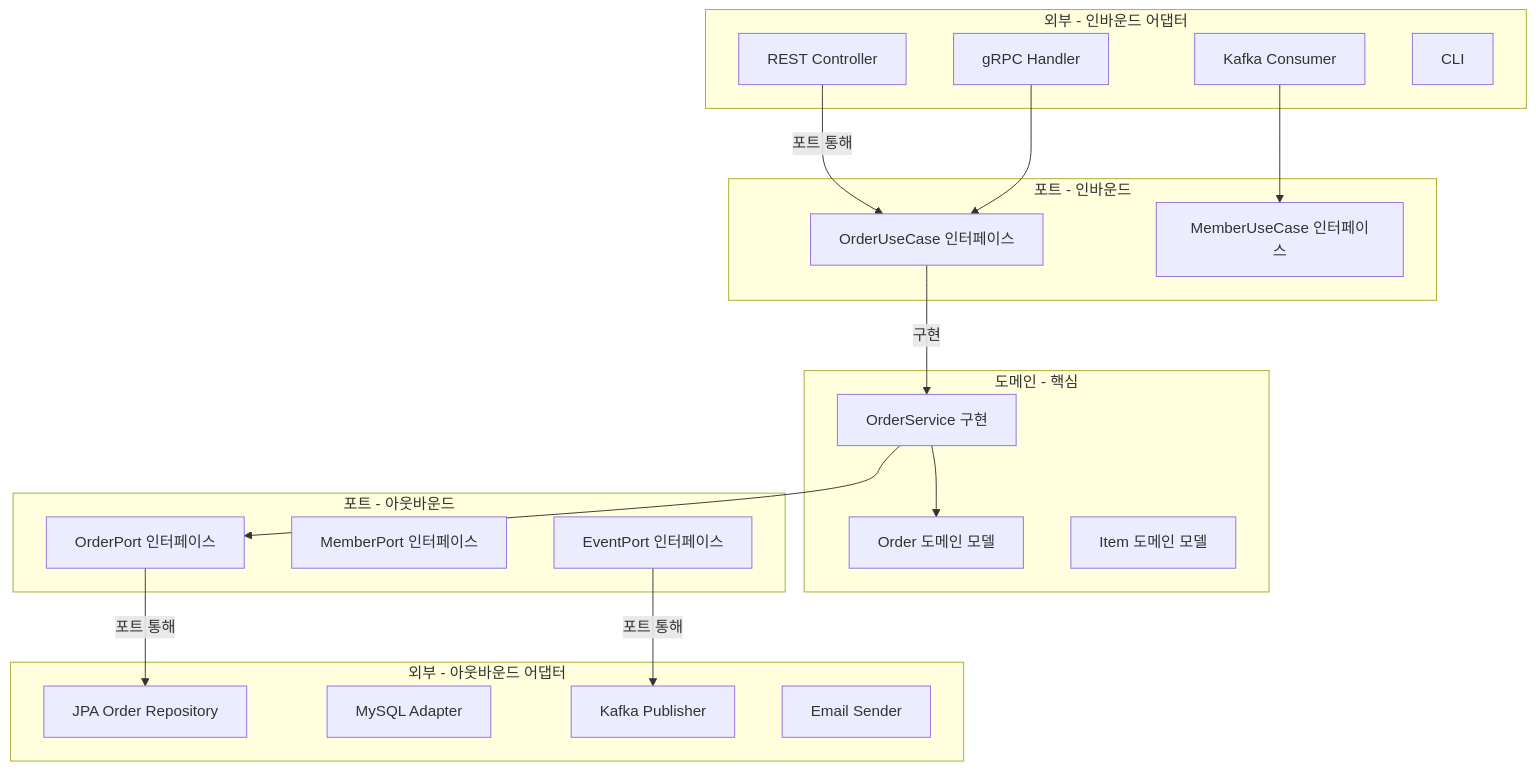
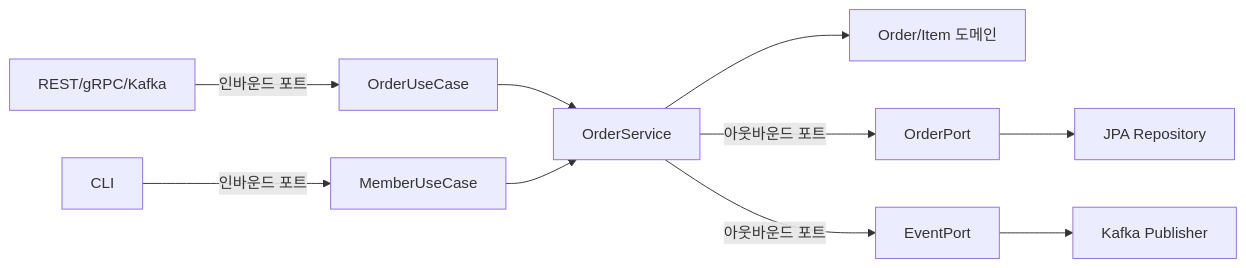
Before and after one commit to yjkim2015/yjkim2015.github.io: the third of 3 diagrams in _posts/spring/2026-05-02-clean-spring-hexagonal.md, drawn with Mermaid. The commit also changed other lines of this file and 215 other files, not shown here.

First line of the commit message:
신규 포스트 10개 추가 + Mermaid 전면 축소 + SystemDesign 시리즈 보강

````diff
--- a/_posts/spring/2026-05-02-clean-spring-hexagonal.md
+++ b/_posts/spring/2026-05-02-clean-spring-hexagonal.md
@@ -219,42 +217,12 @@
 ```mermaid
-graph TD
-    subgraph "외부 - 인바운드 어댑터"
-        A[REST Controller]
-        B[gRPC Handler]
-        C[Kafka Consumer]
-        D[CLI]
-    end
-
-    subgraph "포트 - 인바운드"
-        E["OrderUseCase 인터페이스"]
-        F["MemberUseCase 인터페이스"]
-    end
-
-    subgraph "도메인 - 핵심"
-        G["OrderService 구현"]
-        H["Order 도메인 모델"]
-        I["Item 도메인 모델"]
-    end
-
-    subgraph "포트 - 아웃바운드"
-        J["OrderPort 인터페이스"]
-        K["MemberPort 인터페이스"]
-        L["EventPort 인터페이스"]
-    end
-
-    subgraph "외부 - 아웃바운드 어댑터"
-        M[JPA Order Repository]
-        N[MySQL Adapter]
-        O[Kafka Publisher]
-        P[Email Sender]
-    end
-
-    A -->|"포트 통해"| E
-    B --> E
-    C --> F
-    E -->|"구현"| G
-    G --> H
-    G --> J
-    J -->|"포트 통해"| M
-    L -->|"포트 통해"| O
+graph LR
+    A[REST/gRPC/Kafka] -->|인바운드 포트| E[OrderUseCase]
+    B[CLI] -->|인바운드 포트| F[MemberUseCase]
+    E --> G[OrderService]
+    F --> G
+    G --> H[Order/Item 도메인]
+    G -->|아웃바운드 포트| J[OrderPort]
+    G -->|아웃바운드 포트| L[EventPort]
+    J --> M[JPA Repository]
+    L --> O[Kafka Publisher]
 ```
````
